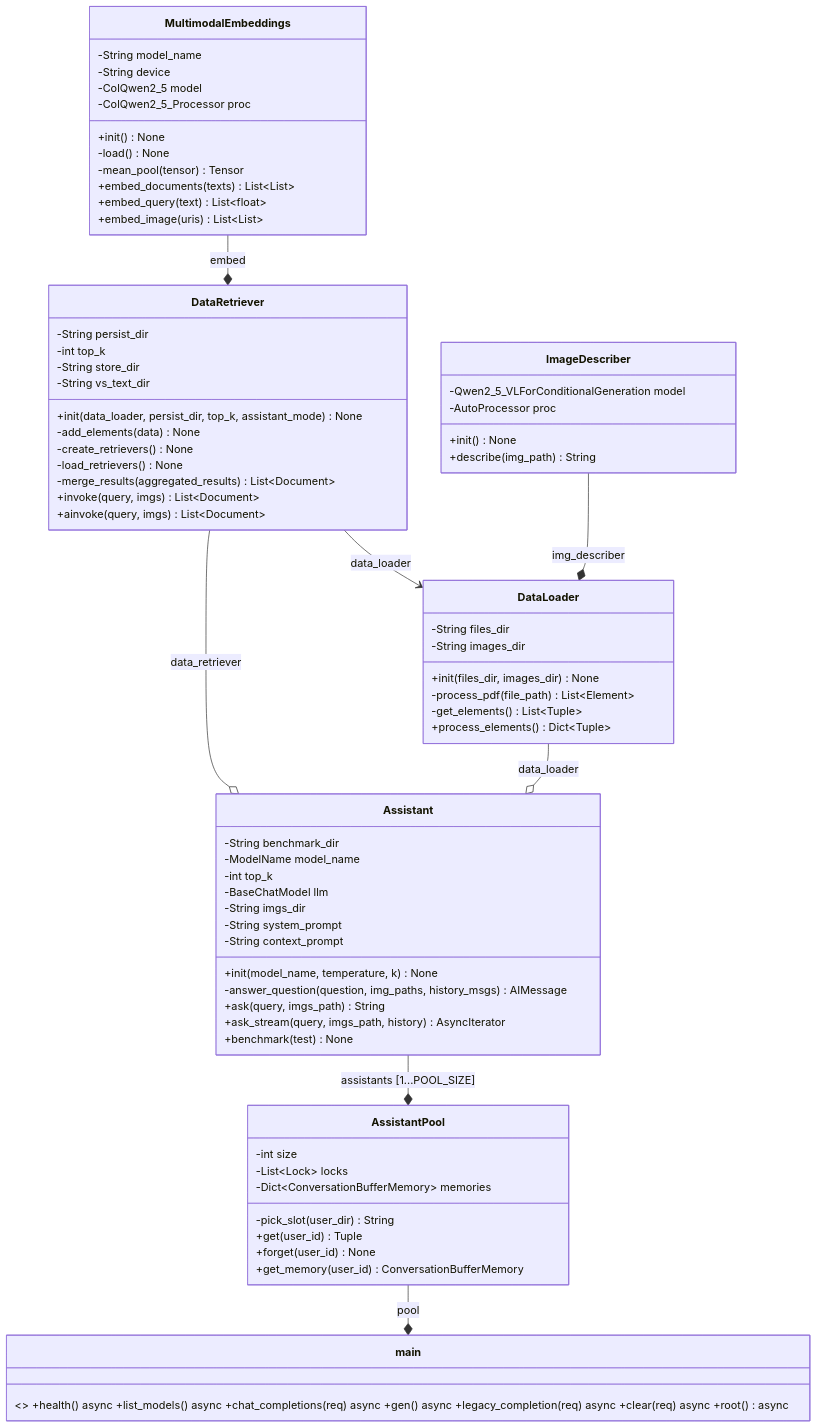
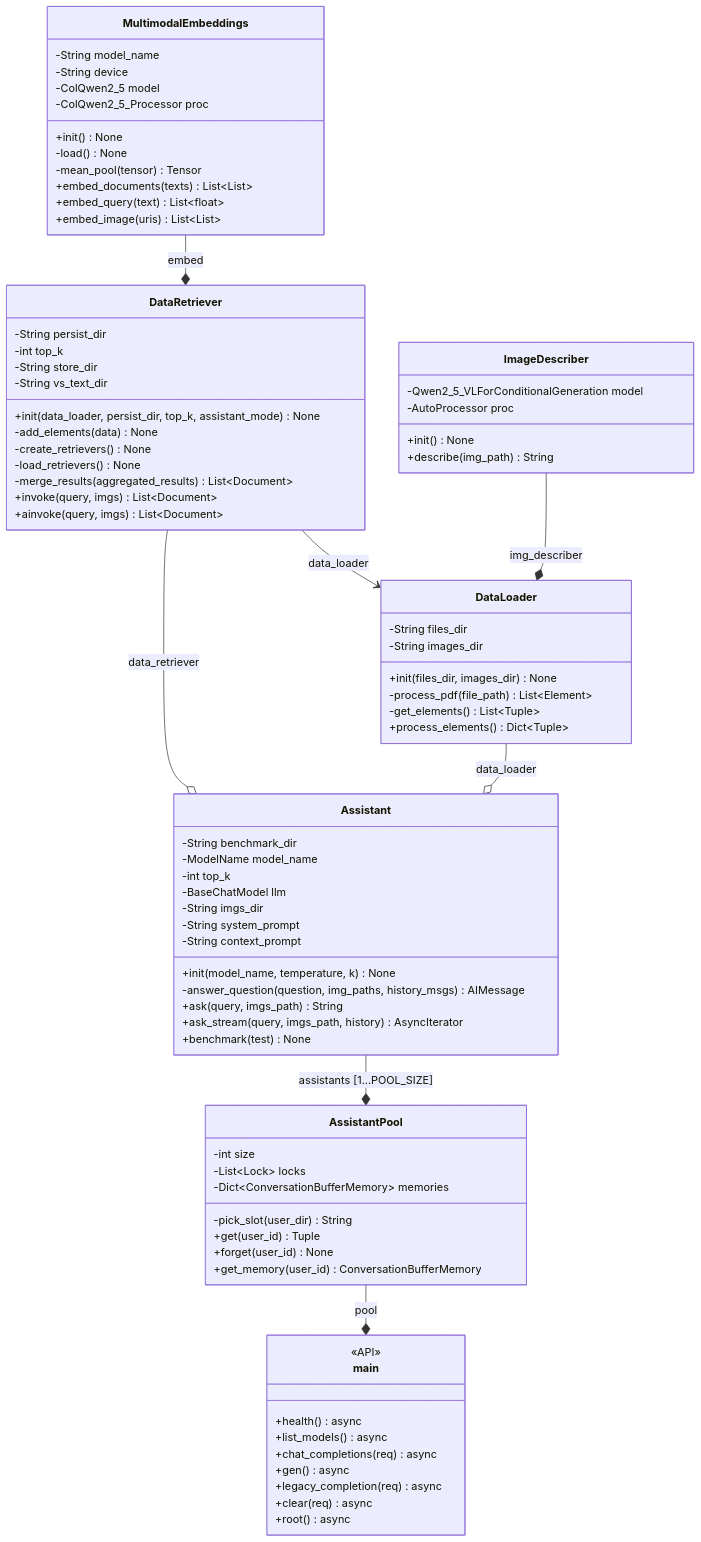
One commit to rcblanco1801/assistant changed the diagram in README.md. Above: the diagram before and after it, drawn with Mermaid. The commit also changed other lines of this file and 1 other file, not shown here.

````diff
--- a/README.md
+++ b/README.md
@@ -207,5 +188,13 @@
         }
 
         class main{ 
-            <>             +health() async            +list_models() async            +chat_completions(req) async            +gen() async            +legacy_completion(req) async            +clear(req) async            +root() async        }
+            <<API>>
+			+health() async
+			+list_models() async
+			+chat_completions(req) async
+			+gen() async
+			+legacy_completion(req) async
+			+clear(req) async
+			+root() async
+		}
 ```
````
